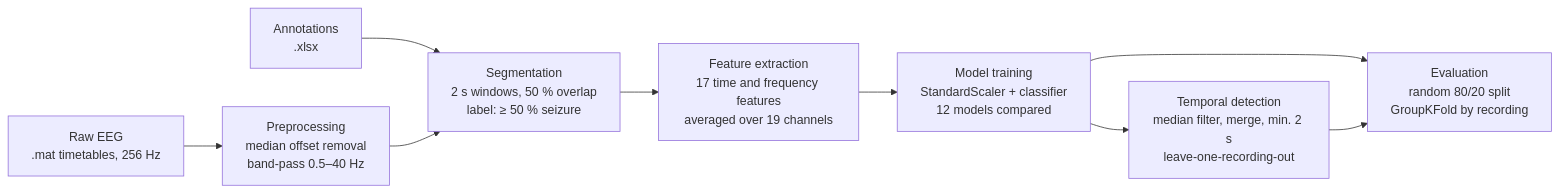
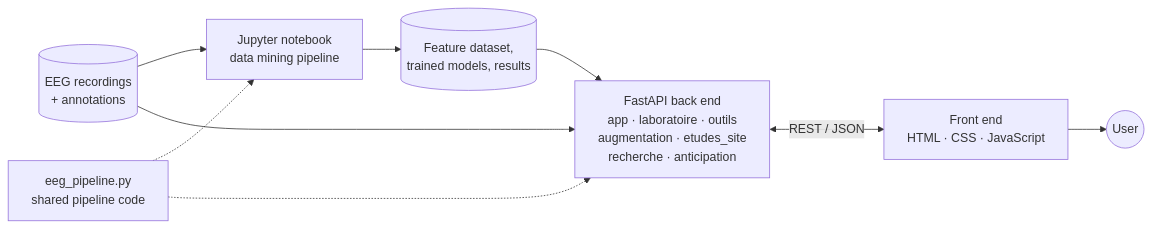
One commit to chaimaelakremi/DataMining changed the diagram in README.md. Above: the diagram before and after it, drawn with Mermaid. The commit also changed other lines of this file and 15 other files, not shown here.

````diff
--- a/README.md
+++ b/README.md
@@ -243,11 +87,11 @@
 ```mermaid
 flowchart LR
-    A["Raw EEG<br/>.mat timetables, 256 Hz"] --> B["Preprocessing<br/>median offset removal<br/>band-pass 0.5–40 Hz"]
-    L["Annotations<br/>.xlsx"] --> C
-    B --> C["Segmentation<br/>2 s windows, 50 % overlap<br/>label: ≥ 50 % seizure"]
-    C --> D["Feature extraction<br/>17 time and frequency features<br/>averaged over 19 channels"]
-    D --> E["Model training<br/>StandardScaler + classifier<br/>12 models compared"]
-    E --> F["Evaluation<br/>random 80/20 split<br/>GroupKFold by recording"]
-    E --> G["Temporal detection<br/>median filter, merge, min. 2 s<br/>leave-one-recording-out"]
-    G --> F
+    D[("EEG recordings<br/>+ annotations")] --> N["Jupyter notebook<br/>data mining pipeline"]
+    N --> R[("Feature dataset,<br/>trained models, results")]
+    P["eeg_pipeline.py<br/>shared pipeline code"] -.-> N
+    P -.-> B
+    D --> B
+    R --> B["FastAPI back end<br/>app · laboratoire · outils<br/>augmentation · etudes_site<br/>recherche · anticipation"]
+    B <-->|REST / JSON| F["Front end<br/>HTML · CSS · JavaScript"]
+    F --> U(("User"))
 ```
````
